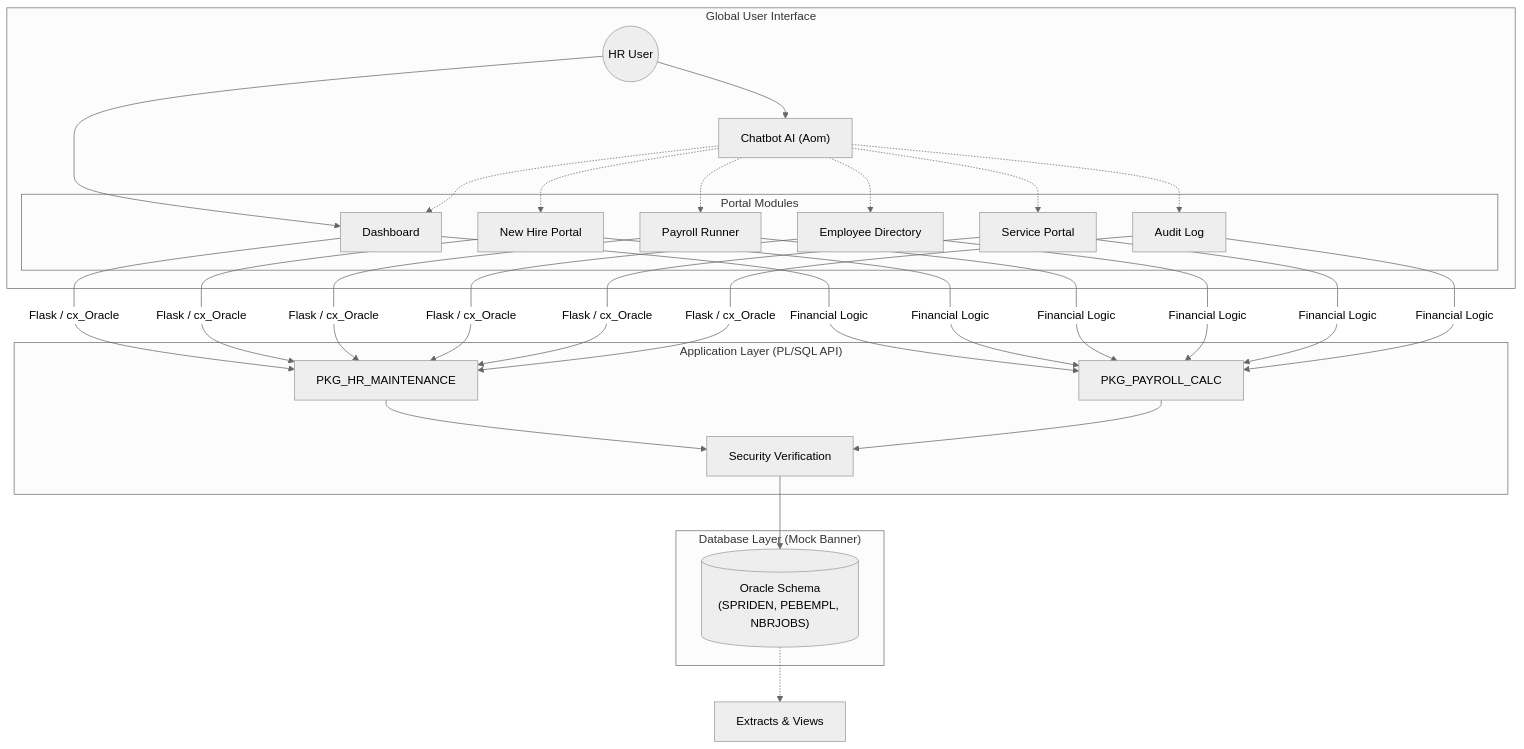
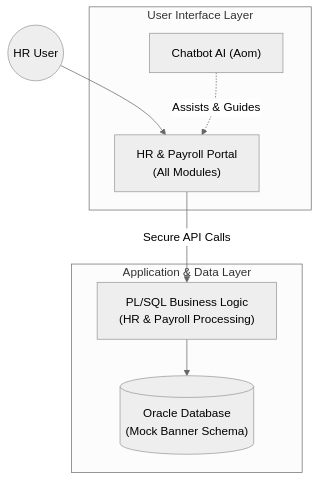
One commit to RBChavez/university-hr-payroll-demo changed the diagram in README.md. Above: the diagram before and after it, drawn with Mermaid (neutral theme).

Commit message:
Simplify system architecture diagram to high-level view

````diff
--- a/README.md
+++ b/README.md
@@ -8,45 +8,18 @@
 ```mermaid
 graph TD
-    subgraph "Global User Interface"
-        User((HR User))
+    User((HR User)) --> UI
+    
+    subgraph "User Interface Layer"
+        UI["HR & Payroll Portal\n(All Modules)"]
         Bot["Chatbot AI (Aom)"]
-        
-        subgraph "Portal Modules"
-            Dash["Dashboard"]
-            Hire["New Hire Portal"]
-            Pay["Payroll Runner"]
-            Emp["Employee Directory"]
-            Svc["Service Portal"]
-            Log["Audit Log"]
-        end
+        Bot -. "Assists & Guides" .-> UI
     end
-
-    subgraph "Application Layer (PL/SQL API)"
-        HR_Pkg["PKG_HR_MAINTENANCE"]
-        Payroll_Pkg["PKG_PAYROLL_CALC"]
-        Auth["Security Verification"]
+    
+    subgraph "Application & Data Layer"
+        Logic["PL/SQL Business Logic\n(HR & Payroll Processing)"]
+        DB[("Oracle Database\n(Mock Banner Schema)")]
     end
-
-    subgraph "Database Layer (Mock Banner)"
-        Schema[("Oracle Schema\n(SPRIDEN, PEBEMPL, NBRJOBS)")]
-    end
-
-    User --> Dash
-    User --> Bot
     
-    %% Bot Integration showing assistance across all pages
-    Bot -.-> Dash
-    Bot -.-> Hire
-    Bot -.-> Pay
-    Bot -.-> Emp
-    Bot -.-> Svc
-    Bot -.-> Log
-
-    Dash & Hire & Pay & Emp & Svc & Log -- "Flask / cx_Oracle" --> HR_Pkg
-    Dash & Hire & Pay & Emp & Svc & Log -- "Financial Logic" --> Payroll_Pkg
-    
-    HR_Pkg & Payroll_Pkg --> Auth
-    Auth --> Schema
-    
-    Schema -.-> Data["Extracts & Views"]
+    UI -- "Secure API Calls" --> Logic
+    Logic --> DB
 ```
````
